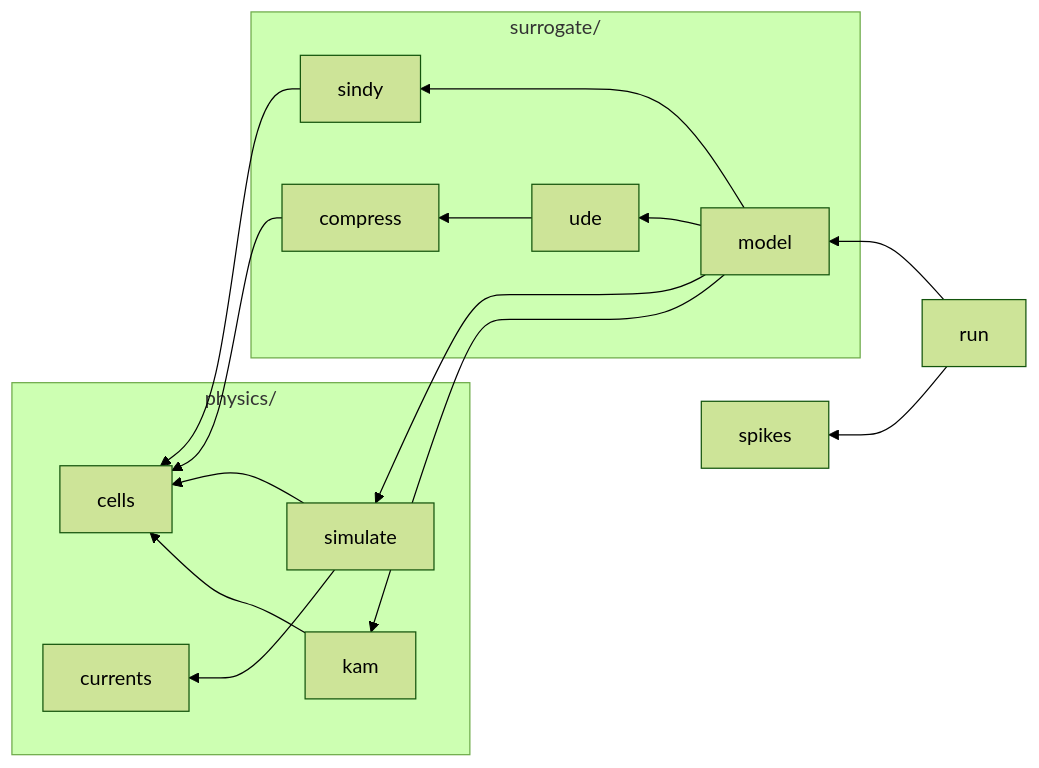
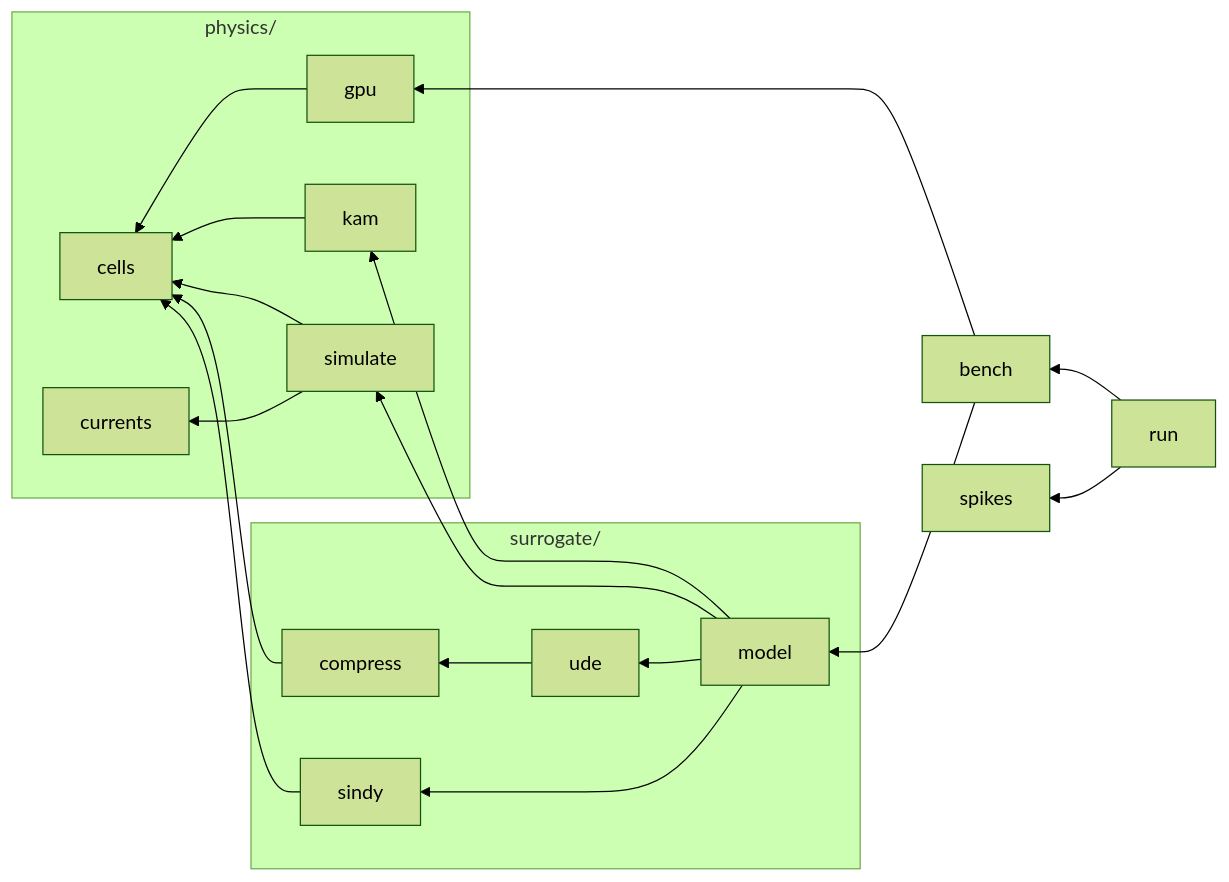
Before and after one commit to MunechikaHaruki/SINDyNeuroSurrogate: the diagram in neurosurrogate/FILES.md, drawn with Mermaid (forest theme). The commit also changed other lines of this file and 19 other files, not shown here.

First line of the commit message:
Measure where each model keeps its state on the GPU, stepping all cells together

````diff
--- a/neurosurrogate/FILES.md
+++ b/neurosurrogate/FILES.md
@@ -9,29 +9,34 @@
 ```mermaid
 flowchart RL
   subgraph physics["physics/"]
     physics_cells["cells"]
     physics_currents["currents"]
+    physics_gpu["gpu"]
     physics_kam["kam"]
     physics_simulate["simulate"]
   end
   subgraph surrogate["surrogate/"]
     surrogate_compress["compress"]
     surrogate_model["model"]
     surrogate_sindy["sindy"]
     surrogate_ude["ude"]
   end
+  bench["bench"]
   run["run"]
   spikes["spikes"]
+  bench --> physics_gpu
+  bench --> surrogate_model
+  physics_gpu --> physics_cells
   physics_kam --> physics_cells
   physics_simulate --> physics_cells
   physics_simulate --> physics_currents
+  run --> bench
   run --> spikes
-  run --> surrogate_model
   surrogate_compress --> physics_cells
   surrogate_model --> physics_kam
   surrogate_model --> physics_simulate
   surrogate_model --> surrogate_sindy
   surrogate_model --> surrogate_ude
   surrogate_sindy --> physics_cells
   surrogate_ude --> surrogate_compress
 ```
````
